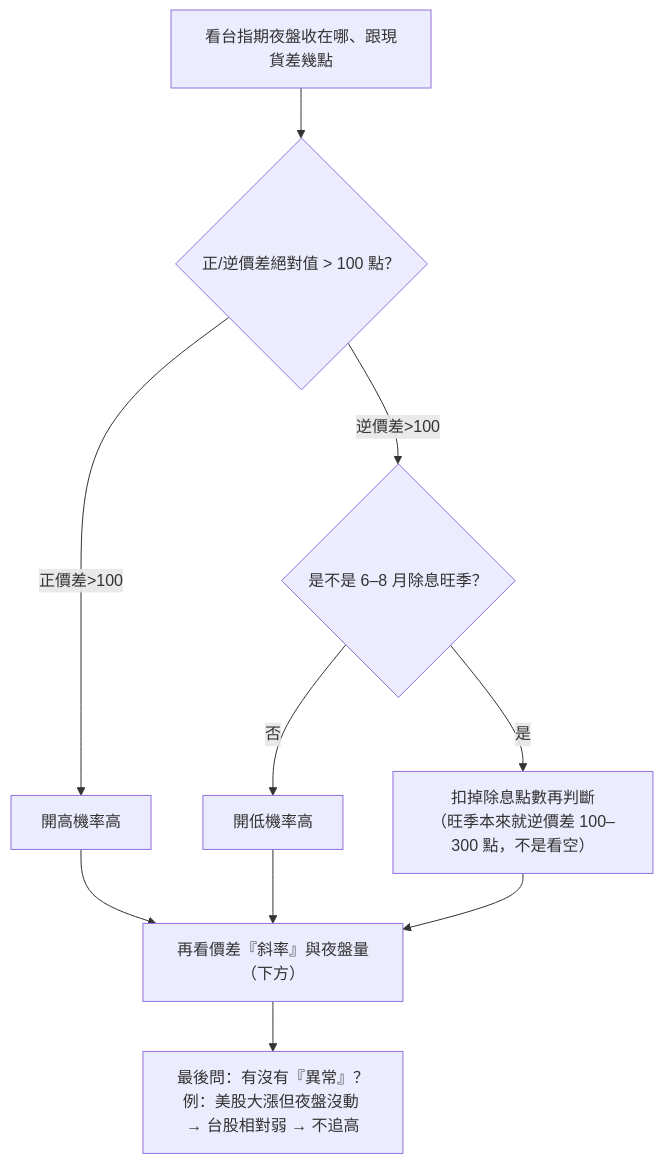
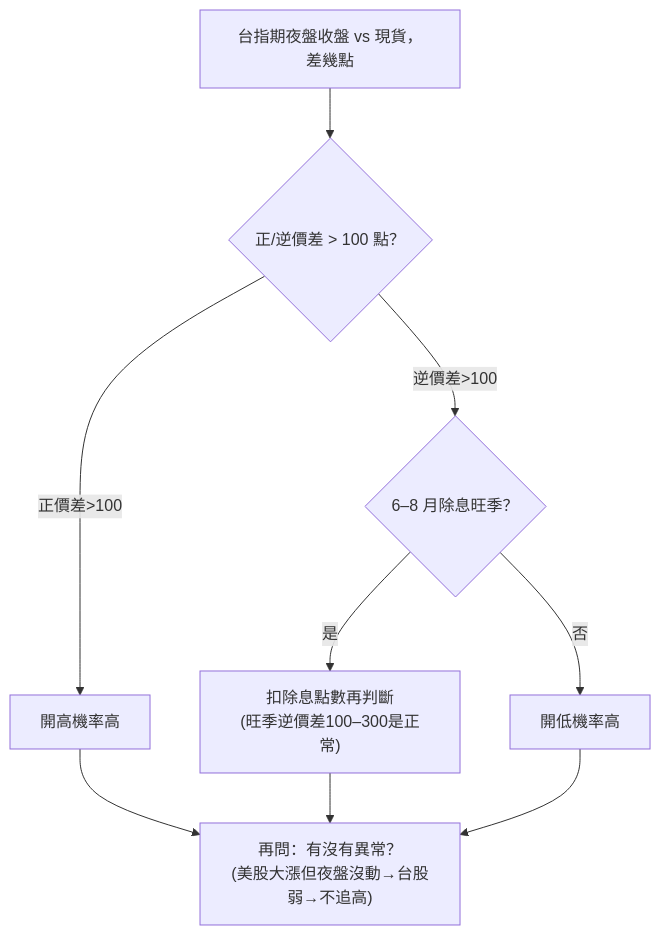
The second of 3 diagrams in docs/logic_article.md (steven715/windscope), drawn with Mermaid before and after one commit. The commit also changed other lines of this file and 1 other file, not shown here.

````diff
--- a/docs/logic_article.md
+++ b/docs/logic_article.md
@@ -26,13 +47,11 @@
 ```mermaid
 flowchart TD
-  A["看台指期夜盤收在哪、跟現貨差幾點"] --> B{"正/逆價差絕對值 > 100 點？"}
+  A["台指期夜盤收盤 vs 現貨，差幾點"] --> B{"正/逆價差 > 100 點？"}
   B -->|正價差>100| C1["開高機率高"]
-  B -->|逆價差>100| C2{"是不是 6–8 月除息旺季？"}
-  C2 -->|是| EX["扣掉除息點數再判斷<br/>（旺季本來就逆價差 100–300 點，不是看空）"]
-  C2 -->|否| C3["開低機率高"]
-  C1 --> SLOPE
-  C3 --> SLOPE
-  EX --> SLOPE
-  SLOPE["再看價差『斜率』與夜盤量（下方）"] --> ABN
-  ABN["最後問：有沒有『異常』？<br/>例：美股大漲但夜盤沒動 → 台股相對弱 → 不追高"]
+  B -->|逆價差>100| EX{"6–8 月除息旺季？"}
+  EX -->|是| C2["扣除息點數再判斷<br/>(旺季逆價差100–300是正常)"]
+  EX -->|否| C3["開低機率高"]
+  C1 --> ABN["再問：有沒有異常？<br/>(美股大漲但夜盤沒動→台股弱→不追高)"]
+  C2 --> ABN
+  C3 --> ABN
 ```
````
